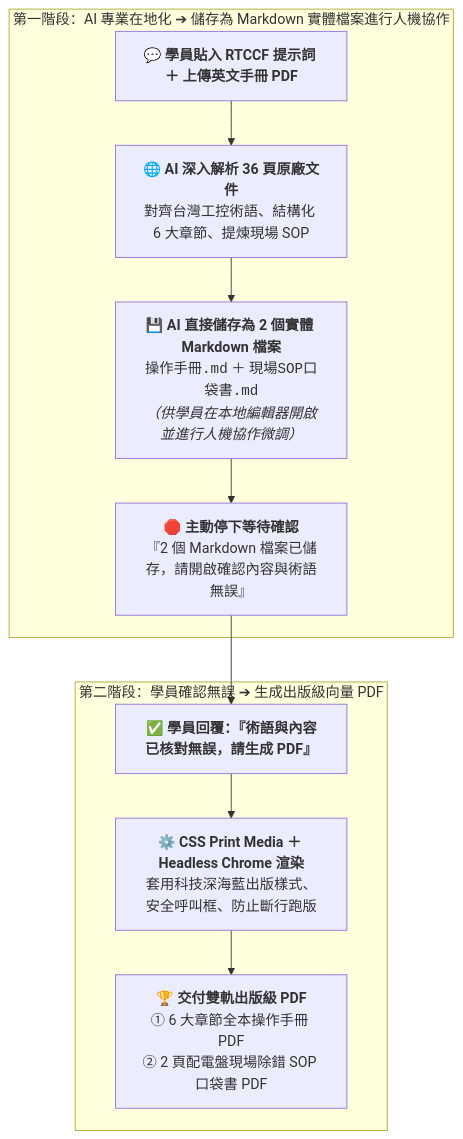
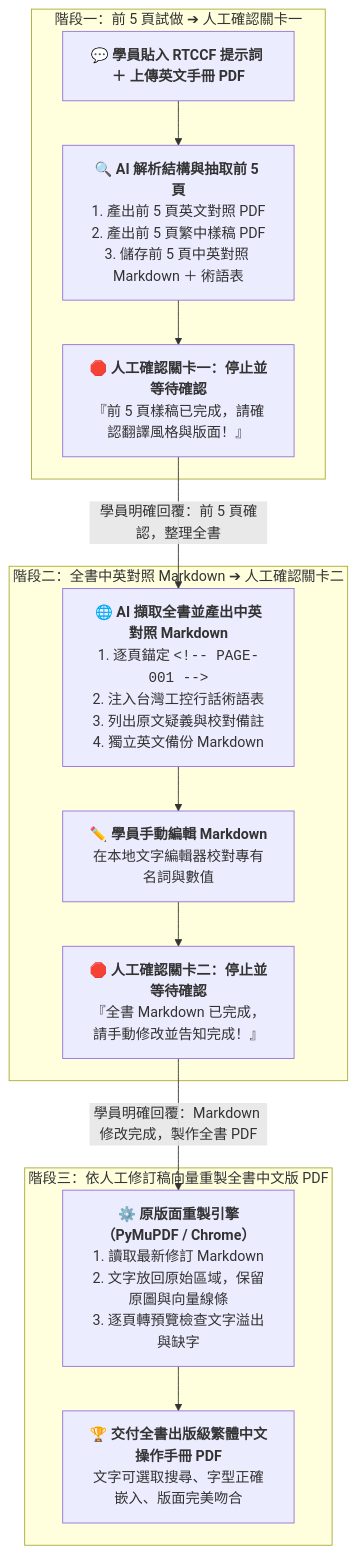
One commit to roberthsu2003/workflow-productivity changed the diagram in 常見的AI應用/實戰範例/工控技術手冊跨國在地化與SOP出版級美化/10-2_AI產出之RTCCF手冊在地化與術語對齊提示詞.md. Above: the diagram before and after it, drawn with Mermaid. The commit also changed other lines of this file and 5 other files, not shown here.

````diff
--- a/常見的AI應用/實戰範例/工控技術手冊跨國在地化與SOP出版級美化/10-2_AI產出之RTCCF手冊在地化與術語對齊提示詞.md
+++ b/常見的AI應用/實戰範例/工控技術手冊跨國在地化與SOP出版級美化/10-2_AI產出之RTCCF手冊在地化與術語對齊提示詞.md
@@ -15,14 +17,18 @@
 ```mermaid
 flowchart TD
-    subgraph Phase1 ["第一階段：AI 專業在地化 ➔ 儲存為 Markdown 實體檔案進行人機協作"]
-        Feed["💬 <b>學員貼入 RTCCF 提示詞 ＋ 上傳英文手冊 PDF</b>"] --> RunParse["🌐 <b>AI 深入解析 36 頁原廠文件</b><br/>對齊台灣工控術語、結構化 6 大章節、提煉現場 SOP"]
-        RunParse --> MakeMD["💾 <b>AI 直接儲存為 2 個實體 Markdown 檔案</b><br/><code>操作手冊.md</code> ＋ <code>現場SOP口袋書.md</code><br/><i>（供學員在本地編輯器開啟並進行人機協作微調）</i>"]
-        MakeMD --> PauseWait["🛑 <b>主動停下等待確認</b><br/>『2 個 Markdown 檔案已儲存，請開啟確認內容與術語無誤』"]
+    subgraph Stage1 ["階段一：前 5 頁試做 ➔ 人工確認關卡一"]
+        Feed["💬 <b>學員貼入 RTCCF 提示詞 ＋ 上傳英文手冊 PDF</b>"] --> RunP1["🔍 <b>AI 解析結構與抽取前 5 頁</b><br/>1. 產出前 5 頁英文對照 PDF<br/>2. 產出前 5 頁繁中樣稿 PDF<br/>3. 儲存前 5 頁中英對照 Markdown ＋ 術語表"]
+        RunP1 --> Gate1["🛑 <b>人工確認關卡一：停止並等待確認</b><br/>『前 5 頁樣稿已完成，請確認翻譯風格與版面！』"]
     end
 
-    subgraph Phase2 ["第二階段：學員確認無誤 ➔ 生成出版級向量 PDF"]
-        PauseWait --> UserSayOK["✅ <b>學員回覆：『術語與內容已核對無誤，請生成 PDF』</b>"]
-        UserSayOK --> RunPython["⚙️ <b>CSS Print Media ＋ Headless Chrome 渲染</b><br/>套用科技深海藍出版樣式、安全呼叫框、防止斷行跑版"]
-        RunPython --> OutPDF["🏆 <b>交付雙軌出版級 PDF</b><br/>① 6 大章節全本操作手冊 PDF<br/>② 2 頁配電盤現場除錯 SOP 口袋書 PDF"]
+    subgraph Stage2 ["階段二：全書中英對照 Markdown ➔ 人工確認關卡二"]
+        Gate1 -->|學員明確回覆：前 5 頁確認，整理全書| RunP2["🌐 <b>AI 擷取全書並產出中英對照 Markdown</b><br/>1. 逐頁錨定 <code>&lt;!-- PAGE-001 --&gt;</code><br/>2. 注入台灣工控行話術語表<br/>3. 列出原文疑義與校對備註<br/>4. 獨立英文備份 Markdown"]
+        RunP2 --> EditMD["✏️ <b>學員手動編輯 Markdown</b><br/>在本地文字編輯器校對專有名詞與數值"]
+        EditMD --> Gate2["🛑 <b>人工確認關卡二：停止並等待確認</b><br/>『全書 Markdown 已完成，請手動修改並告知完成！』"]
+    end
+
+    subgraph Stage3 ["階段三：依人工修訂稿向量重製全書中文版 PDF"]
+        Gate2 -->|學員明確回覆：Markdown 修改完成，製作全書 PDF| RunP3["⚙️ <b>原版面重製引擎（PyMuPDF / Chrome）</b><br/>1. 讀取最新修訂 Markdown<br/>2. 文字放回原始區域，保留原圖與向量線條<br/>3. 逐頁轉預覽檢查文字溢出與缺字"]
+        RunP3 --> OutPDF["🏆 <b>交付全書出版級繁體中文操作手冊 PDF</b><br/>文字可選取搜尋、字型正確嵌入、版面完美吻合"]
     end
 ```
````
